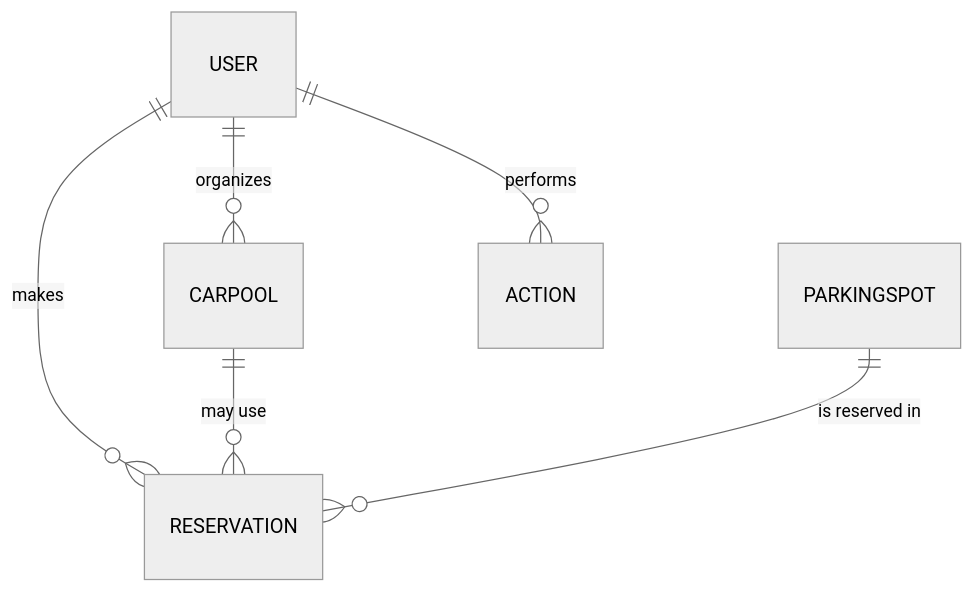
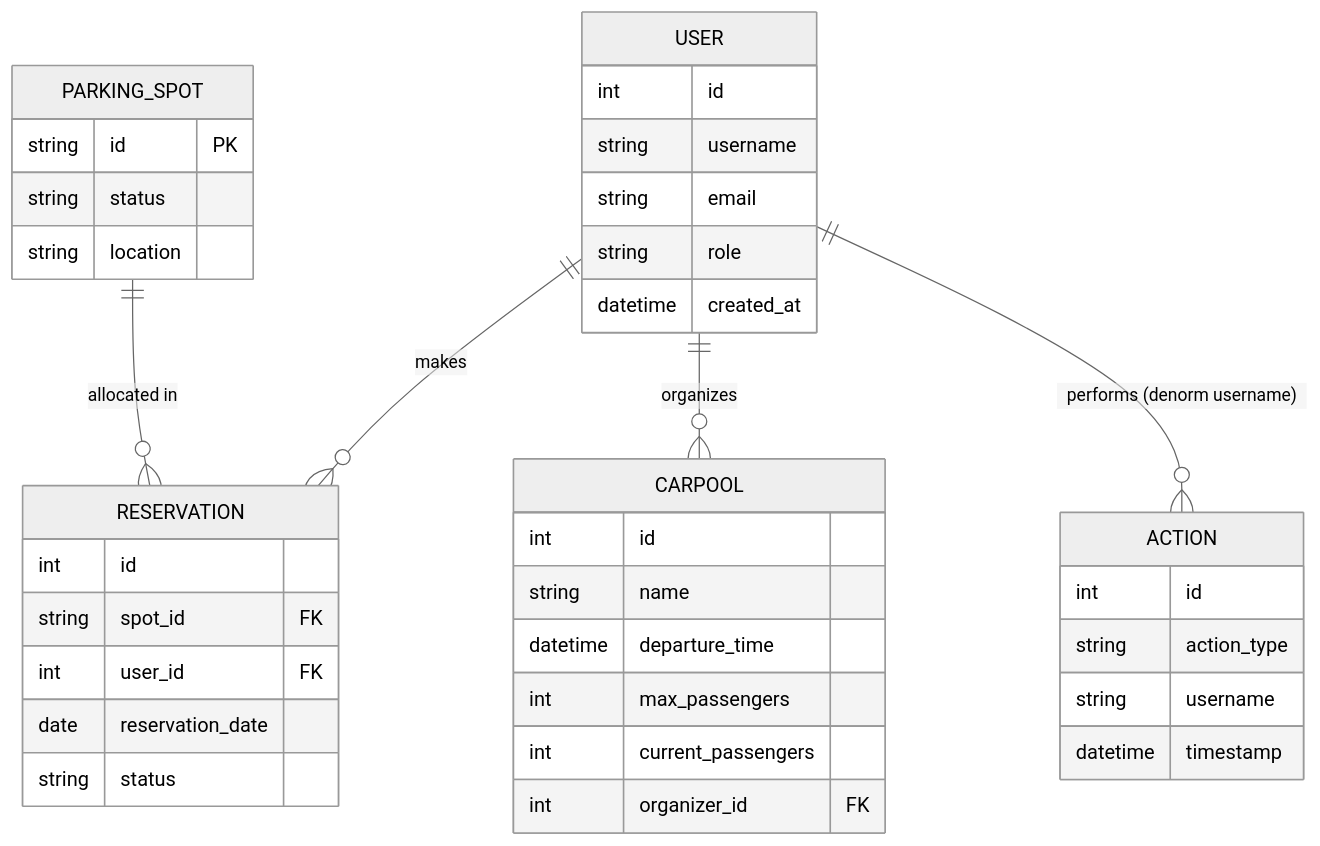
One commit to spazyCZ/rbcz_gh-copilot-basic_carpool_clean_1 changed the diagram in docs/domain_model.md. Above: the diagram before and after it, drawn with Mermaid (neutral theme). The commit also changed other lines of this file and 8 other files, not shown here.

````diff
--- a/docs/domain_model.md
+++ b/docs/domain_model.md
@@ -23,8 +20,40 @@
 ```mermaid
 erDiagram
     USER ||--o{ RESERVATION : "makes"
     USER ||--o{ CARPOOL : "organizes"
-    CARPOOL ||--o{ RESERVATION : "may use"
-    PARKINGSPOT ||--o{ RESERVATION : "is reserved in"
-    USER ||--o{ ACTION : "performs"
+    PARKING_SPOT ||--o{ RESERVATION : "allocated in"
+    USER ||--o{ ACTION : "performs (denorm username)"
+    CARPOOL {
+        int id
+        string name
+        datetime departure_time
+        int max_passengers
+        int current_passengers
+        int organizer_id FK
+    }
+    USER {
+        int id
+        string username
+        string email
+        string role
+        datetime created_at
+    }
+    RESERVATION {
+        int id
+        string spot_id FK
+        int user_id FK
+        date reservation_date
+        string status
+    }
+    PARKING_SPOT {
+        string id PK
+        string status
+        string location
+    }
+    ACTION {
+        int id
+        string action_type
+        string username
+        datetime timestamp
+    }
 ```
````
